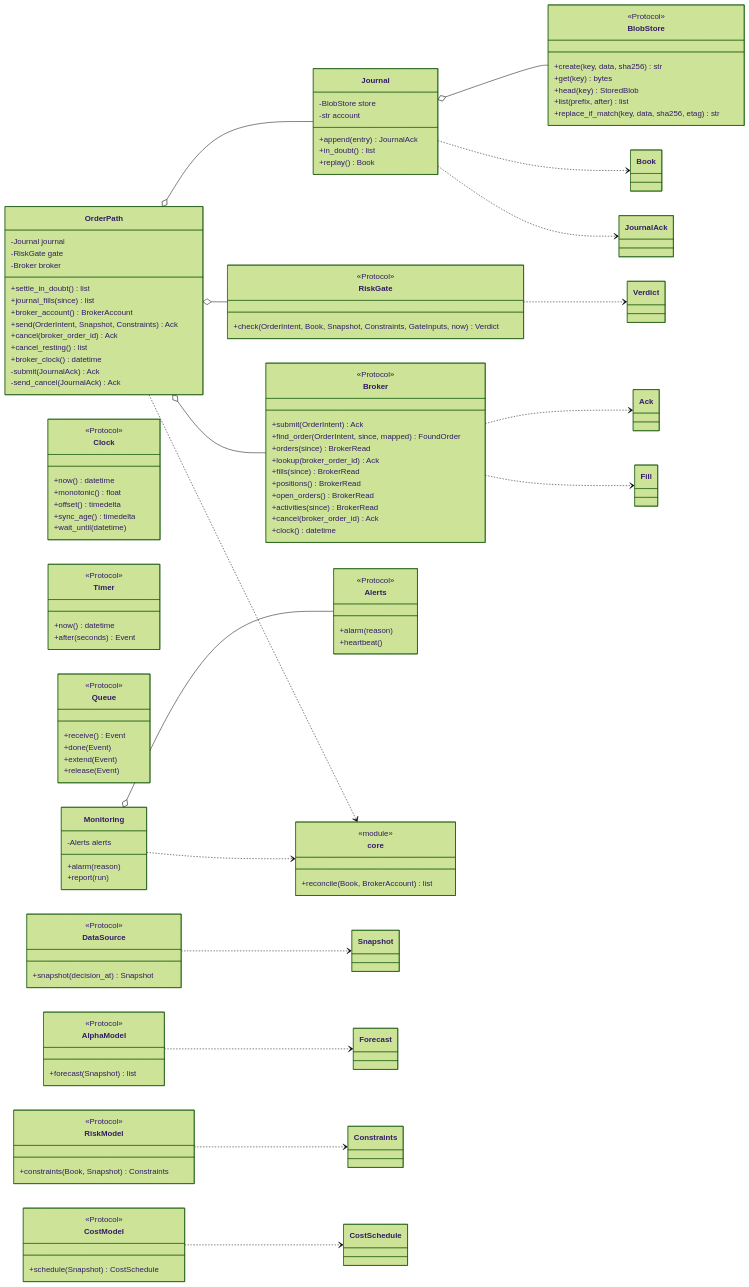
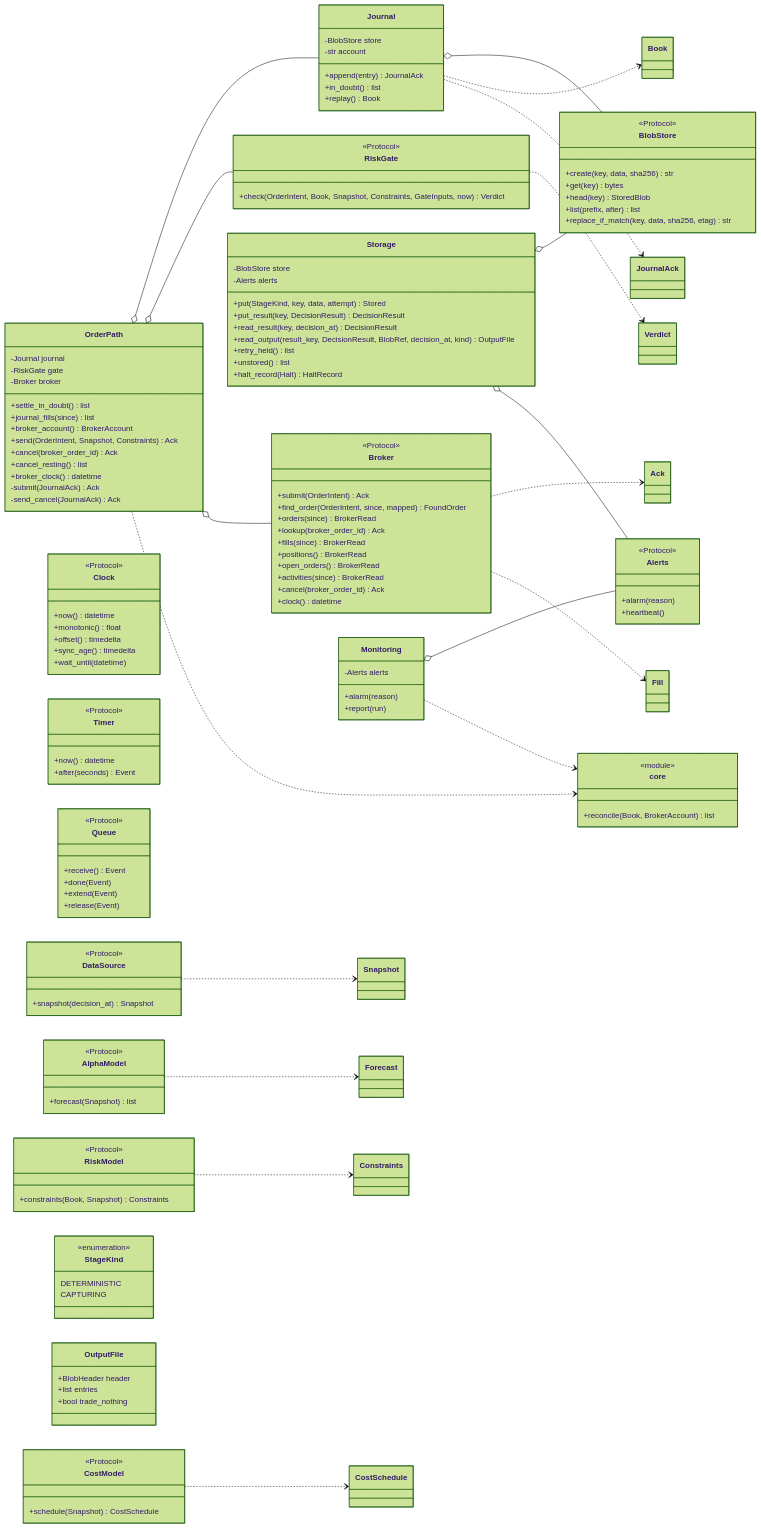
Before and after one commit to l3a0/ithildin-runtime: the fifth of 7 diagrams in docs/architecture/05-building-blocks.md, drawn with Mermaid (forest theme). The commit also changed other lines of this file and 13 other files, not shown here.

```diff
--- a/docs/architecture/05-building-blocks.md
+++ b/docs/architecture/05-building-blocks.md
@@ -602,6 +602,27 @@
         +list(prefix, after) list
         +replace_if_match(key, data, sha256, etag) str
     }
+    class Storage {
+        -BlobStore store
+        -Alerts alerts
+        +put(StageKind, key, data, attempt) Stored
+        +put_result(key, DecisionResult) DecisionResult
+        +read_result(key, decision_at) DecisionResult
+        +read_output(result_key, DecisionResult, BlobRef, decision_at, kind) OutputFile
+        +retry_held() list
+        +unstored() list
+        +halt_record(Halt) HaltRecord
+    }
+    class StageKind {
+        <<enumeration>>
+        DETERMINISTIC
+        CAPTURING
+    }
+    class OutputFile {
+        +BlobHeader header
+        +list entries
+        +bool trade_nothing
+    }
     class Alerts {
         <<Protocol>>
         +alarm(reason)
@@ -639,6 +660,8 @@
     }
 
     Journal o-- BlobStore
+    Storage o-- BlobStore
+    Storage o-- Alerts
     Monitoring o-- Alerts
     OrderPath o-- Journal
     OrderPath o-- RiskGate
```
